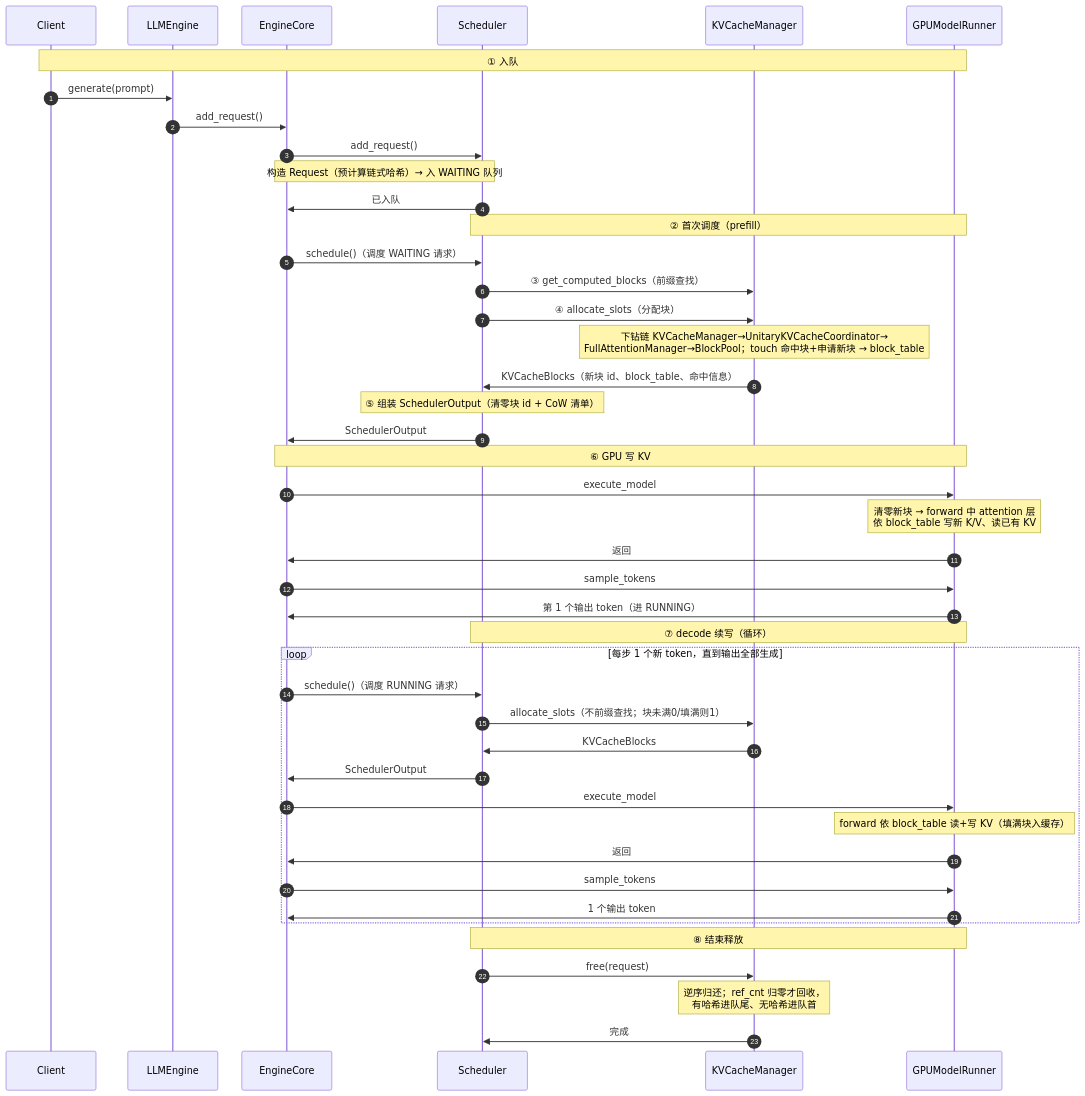
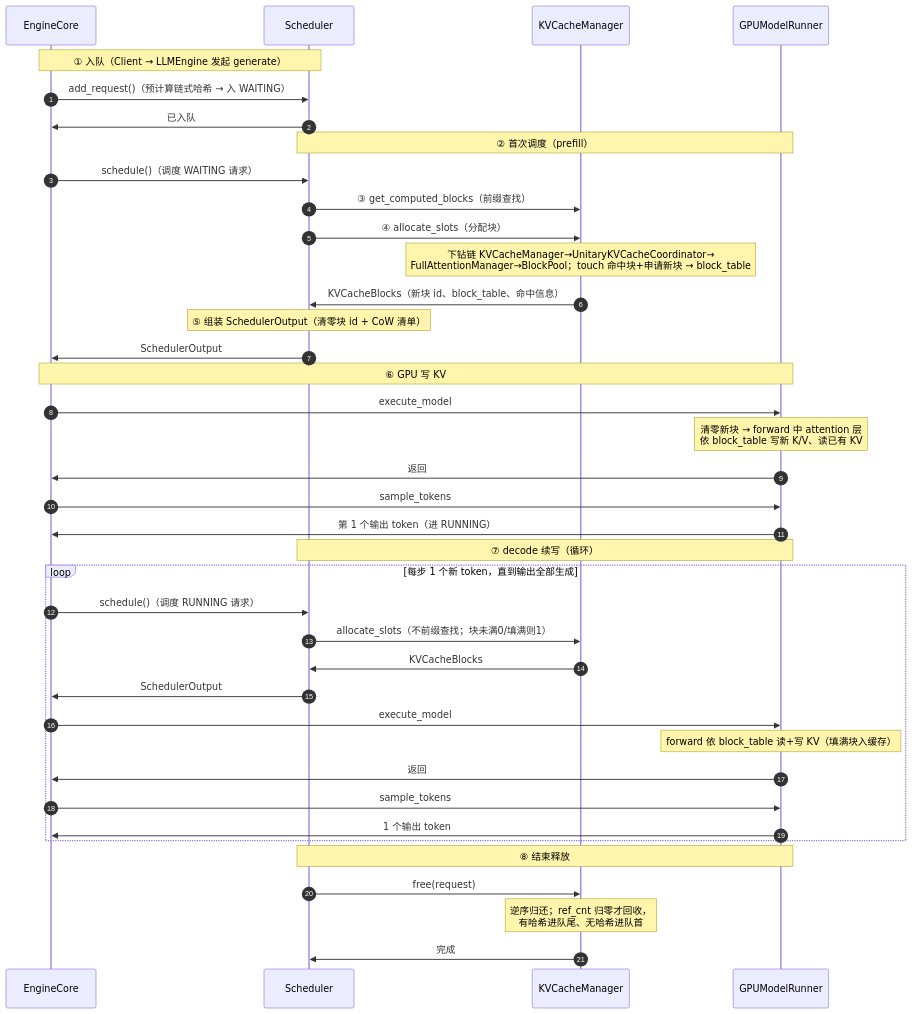
Before and after one commit to GoCHug/vllm: the second of 9 diagrams in vllm/v1/core/kvcache_docs/0_end_to_end_sequence.md, drawn with Mermaid. The commit also changed other lines of this file and 11 other files, not shown here.

````diff
--- a/vllm/v1/core/kvcache_docs/0_end_to_end_sequence.md
+++ b/vllm/v1/core/kvcache_docs/0_end_to_end_sequence.md
@@ -148,52 +170,47 @@
 ```mermaid
 %%{init: {"themeVariables": {"actorFontSize": "11px", "messageFontSize": "11px", "noteFontSize": "11px"}, "sequence": {"actorMargin": 40, "messageMargin": 16, "noteMargin": 8, "boxMargin": 8, "mirrorActors": true}}}%%
 sequenceDiagram
     autonumber
-    participant Client
-    participant LLMEngine
     participant EngineCore
     participant Scheduler
     participant KVCacheManager
     participant GPUModelRunner
 
-    Note over Client,GPUModelRunner: ① 入队
-    Client->>LLMEngine: generate(prompt)
-    LLMEngine->>EngineCore: add_request()
-    EngineCore->>Scheduler: add_request()
-    Note over EngineCore,Scheduler: 构造 Request（预计算链式哈希）→ 入 WAITING 队列
+    Note over EngineCore,Scheduler: ① 入队（Client → LLMEngine 发起 generate）
+    EngineCore->>Scheduler: add_request()（预计算链式哈希 → 入 WAITING）
     Scheduler->>EngineCore: 已入队
 
     Note over Scheduler,GPUModelRunner: ② 首次调度（prefill）
     EngineCore->>Scheduler: schedule()（调度 WAITING 请求）
     Scheduler->>KVCacheManager: ③ get_computed_blocks（前缀查找）
     Scheduler->>KVCacheManager: ④ allocate_slots（分配块）
     Note over KVCacheManager: 下钻链 KVCacheManager→UnitaryKVCacheCoordinator→<br/>FullAttentionManager→BlockPool；touch 命中块+申请新块 → block_table
     KVCacheManager->>Scheduler: KVCacheBlocks（新块 id、block_table、命中信息）
     Note over Scheduler: ⑤ 组装 SchedulerOutput（清零块 id + CoW 清单）
     Scheduler->>EngineCore: SchedulerOutput
 
     Note over EngineCore,GPUModelRunner: ⑥ GPU 写 KV
     EngineCore->>GPUModelRunner: execute_model
     Note over GPUModelRunner: 清零新块 → forward 中 attention 层<br/>依 block_table 写新 K/V、读已有 KV
     GPUModelRunner->>EngineCore: 返回
     EngineCore->>GPUModelRunner: sample_tokens
     GPUModelRunner->>EngineCore: 第 1 个输出 token（进 RUNNING）
 
     Note over Scheduler,GPUModelRunner: ⑦ decode 续写（循环）
     loop 每步 1 个新 token，直到输出全部生成
         EngineCore->>Scheduler: schedule()（调度 RUNNING 请求）
         Scheduler->>KVCacheManager: allocate_slots（不前缀查找；块未满0/填满则1）
         KVCacheManager->>Scheduler: KVCacheBlocks
         Scheduler->>EngineCore: SchedulerOutput
         EngineCore->>GPUModelRunner: execute_model
         Note over GPUModelRunner: forward 依 block_table 读+写 KV（填满块入缓存）
         GPUModelRunner->>EngineCore: 返回
         EngineCore->>GPUModelRunner: sample_tokens
         GPUModelRunner->>EngineCore: 1 个输出 token
     end
 
     Note over Scheduler,GPUModelRunner: ⑧ 结束释放
     Scheduler->>KVCacheManager: free(request)
     Note over KVCacheManager: 逆序归还；ref_cnt 归零才回收，<br/>有哈希进队尾、无哈希进队首
     KVCacheManager->>Scheduler: 完成
 ```
````
